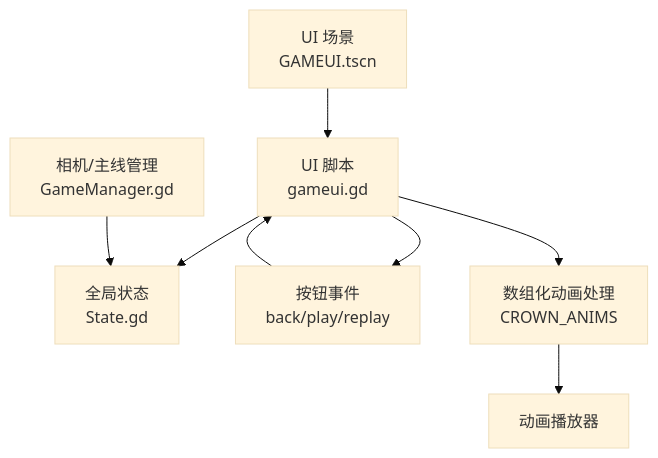
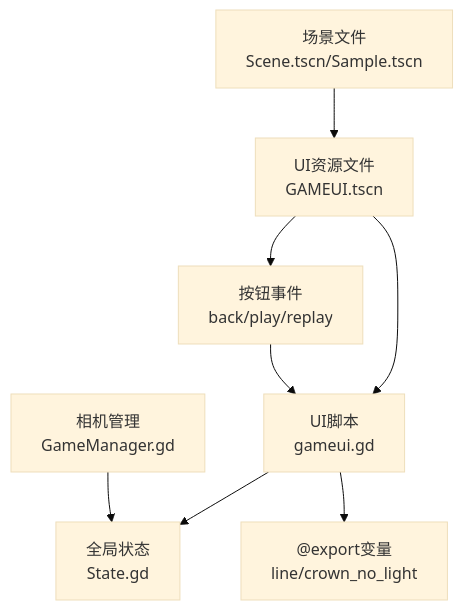
The second of 5 diagrams in .qoder/repowiki/zh/content/游戏系统/用户界面系统.md (godotline/godot-line), drawn with Mermaid (base theme) before and after one commit. The commit also changed other lines of this file and 17 other files, not shown here.

````diff
--- a/.qoder/repowiki/zh/content/游戏系统/用户界面系统.md
+++ b/.qoder/repowiki/zh/content/游戏系统/用户界面系统.md
@@ -83,10 +92,10 @@
 ```mermaid
 graph TB
-UI_Scene["UI 场景<br/>GAMEUI.tscn"] --> UI_Script["UI 脚本<br/>gameui.gd"]
-UI_Script --> Global_State["全局状态<br/>State.gd"]
-Game_Manager["相机/主线管理<br/>GameManager.gd"] --> Global_State
-UI_Script --> Buttons["按钮事件<br/>back/play/replay"]
-Buttons --> UI_Script
-UI_Script --> Array_Anim["数组化动画处理<br/>CROWN_ANIMS"]
-Array_Anim --> Animation_Player["动画播放器"]
+UI_RESOURCE["UI资源文件<br/>GAMEUI.tscn"] --> UI_SCRIPT["UI脚本<br/>gameui.gd"]
+SCENE_FILES["场景文件<br/>Scene.tscn/Sample.tscn"] --> UI_RESOURCE
+UI_SCRIPT --> GLOBAL_STATE["全局状态<br/>State.gd"]
+CAMERA_MANAGER["相机管理<br/>GameManager.gd"] --> GLOBAL_STATE
+UI_SCRIPT --> EXPORT_VARS["@export变量<br/>line/crown_no_light"]
+UI_RESOURCE --> BUTTON_EVENTS["按钮事件<br/>back/play/replay"]
+BUTTON_EVENTS --> UI_SCRIPT
 ```
````
